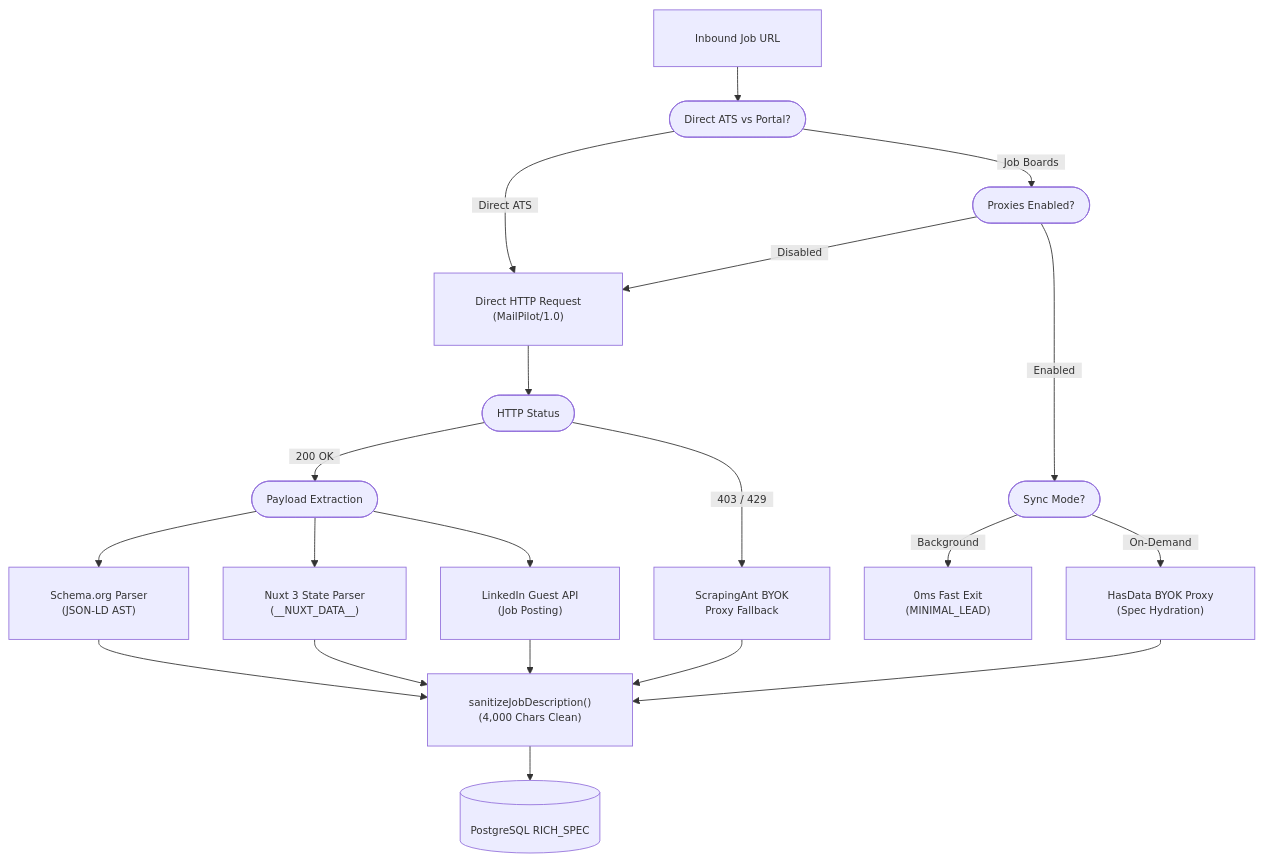
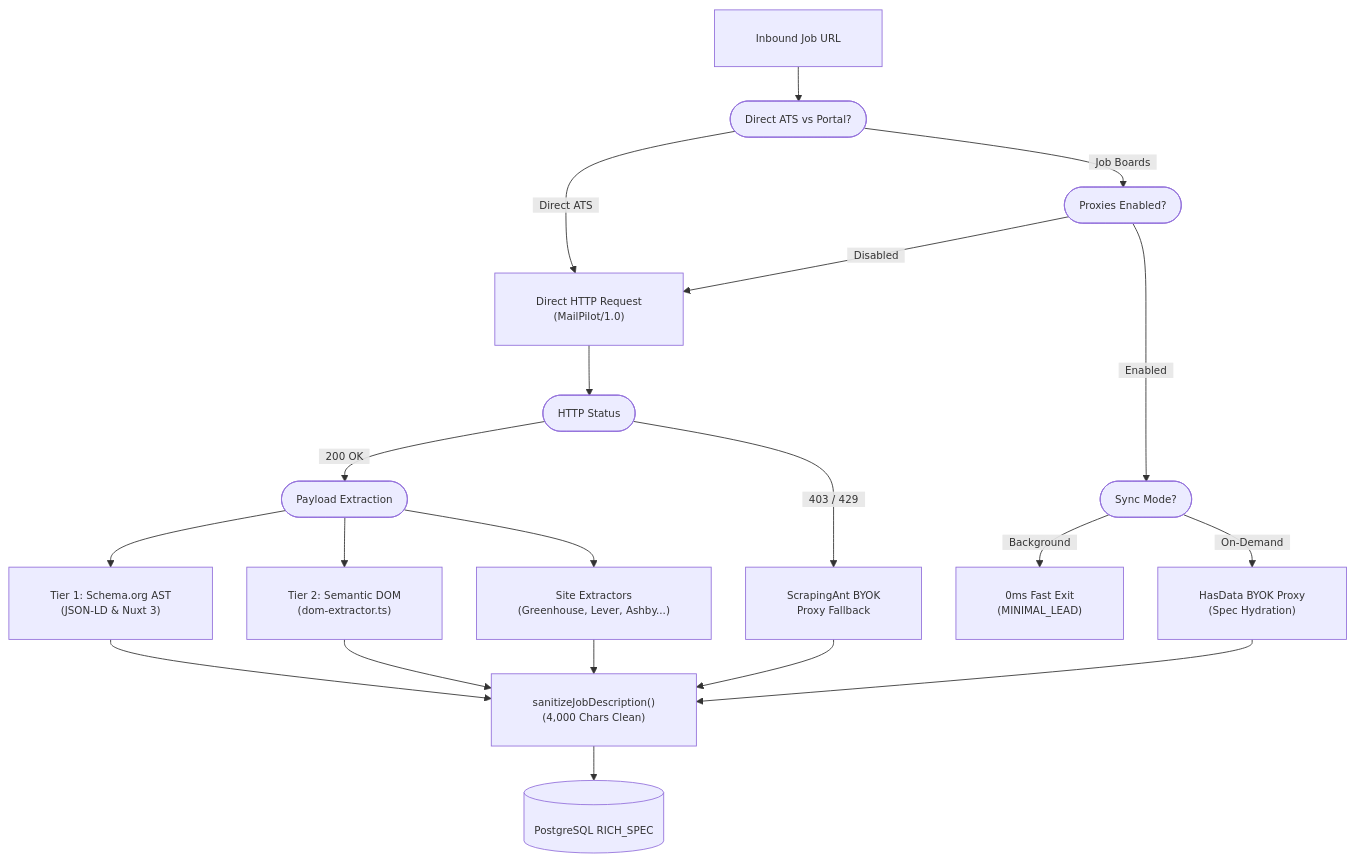
One commit to Marqlo-C/mailpilot changed diagram 14 of 18 in README.md. Above: the diagram before and after it, drawn with Mermaid. The commit also changed other lines of this file and 418 other files, not shown here.

````diff
--- a/README.md
+++ b/README.md
@@ -794,24 +951,24 @@
 ```mermaid
 %%{init: {"themeVariables": {"fontSize": "12px", "fontFamily": "-apple-system, BlinkMacSystemFont, Segoe UI, sans-serif"}, "themeCSS": ".edgeLabel foreignObject { overflow: visible !important; } .edgeLabel span { padding: 0 4px; }", "flowchart": {"padding": 24, "nodeSpacing": 40, "rankSpacing": 40}}}%%
 flowchart TD
   URL["Inbound Job URL"] --> PROTO(["Direct ATS vs Portal?"])
   PROTO -->|"&nbsp;&nbsp;Direct ATS&nbsp;&nbsp;"| DIRECT["Direct HTTP Request<br/>(MailPilot/1.0)"]
   PROTO -->|"&nbsp;&nbsp;Job Boards&nbsp;&nbsp;"| PROXCHECK(["Proxies Enabled?"])
 
   PROXCHECK -->|"&nbsp;&nbsp;Disabled&nbsp;&nbsp;"| DIRECT
   PROXCHECK -->|"&nbsp;&nbsp;Enabled&nbsp;&nbsp;"| GATE(["Sync Mode?"])
 
   GATE -->|"&nbsp;&nbsp;Background&nbsp;&nbsp;"| MIN["0ms Fast Exit<br/>(MINIMAL_LEAD)"]
   GATE -->|"&nbsp;&nbsp;On-Demand&nbsp;&nbsp;"| HASDATA["HasData BYOK Proxy<br/>(Spec Hydration)"]
 
   DIRECT --> STATUS(["HTTP Status"])
   STATUS -->|"&nbsp;&nbsp;200 OK&nbsp;&nbsp;"| PARSE(["Payload Extraction"])
   STATUS -->|"&nbsp;&nbsp;403 / 429&nbsp;&nbsp;"| SCRAPINGANT["ScrapingAnt BYOK<br/>Proxy Fallback"]
 
-  PARSE --> JLD["Schema.org Parser<br/>(JSON-LD AST)"]
-  PARSE --> NUXT["Nuxt 3 State Parser<br/>(__NUXT_DATA__)"]
-  PARSE --> LI["LinkedIn Guest API<br/>(Job Posting)"]
+  PARSE --> JLD["Tier 1: Schema.org AST<br/>(JSON-LD & Nuxt 3)"]
+  PARSE --> DOM_EXT["Tier 2: Semantic DOM<br/>(dom-extractor.ts)"]
+  PARSE --> EXTRACTORS["Site Extractors<br/>(Greenhouse, Lever, Ashby...)"]
 
-  JLD & NUXT & LI & HASDATA & SCRAPINGANT --> SANITIZE["sanitizeJobDescription()<br/>(4,000 Chars Clean)"]
+  JLD & DOM_EXT & EXTRACTORS & HASDATA & SCRAPINGANT --> SANITIZE["sanitizeJobDescription()<br/>(4,000 Chars Clean)"]
   SANITIZE --> DB[("PostgreSQL RICH_SPEC")]
 ```
````
